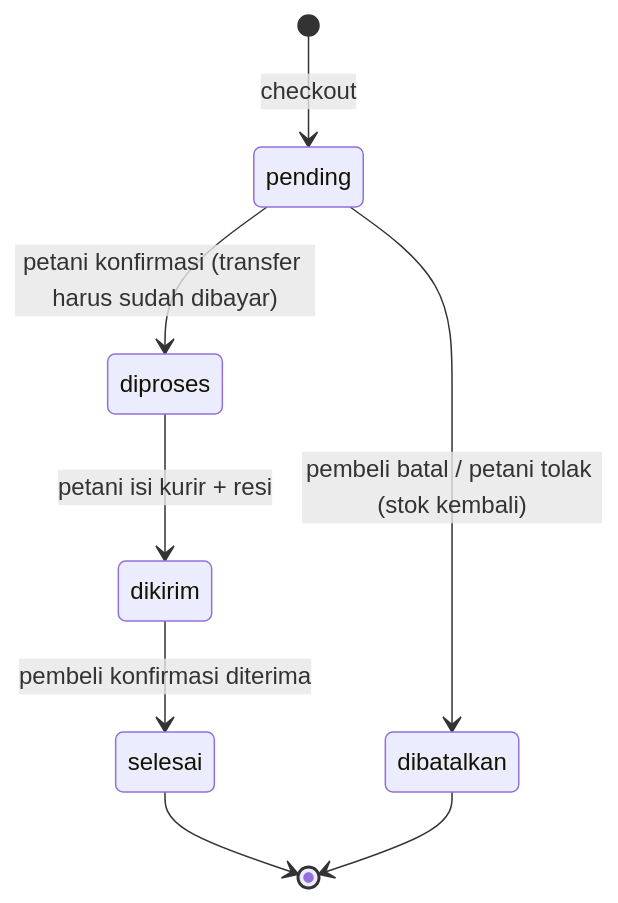
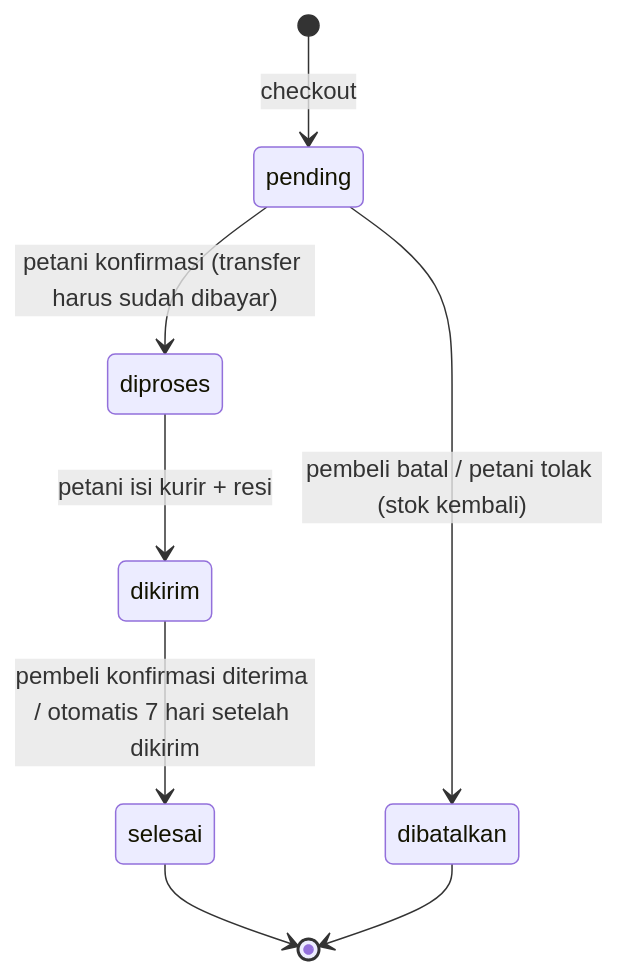
One commit to mochammadilham55/agritani-example changed the second of 8 diagrams in docs/PRD_AgriTani.md. Above: the diagram before and after it, drawn with Mermaid. The commit also changed other lines of this file and 10 other files, not shown here.

First line of the commit message:
Pesanan dikirim otomatis selesai setelah 7 hari

````diff
--- a/docs/PRD_AgriTani.md
+++ b/docs/PRD_AgriTani.md
@@ -193,10 +195,10 @@
 ```mermaid
 stateDiagram-v2
     [*] --> pending: checkout
     pending --> diproses: petani konfirmasi (transfer harus sudah dibayar)
     pending --> dibatalkan: pembeli batal / petani tolak (stok kembali)
     diproses --> dikirim: petani isi kurir + resi
-    dikirim --> selesai: pembeli konfirmasi diterima
+    dikirim --> selesai: pembeli konfirmasi diterima / otomatis 7 hari setelah dikirim
     selesai --> [*]
     dibatalkan --> [*]
 ```
````
